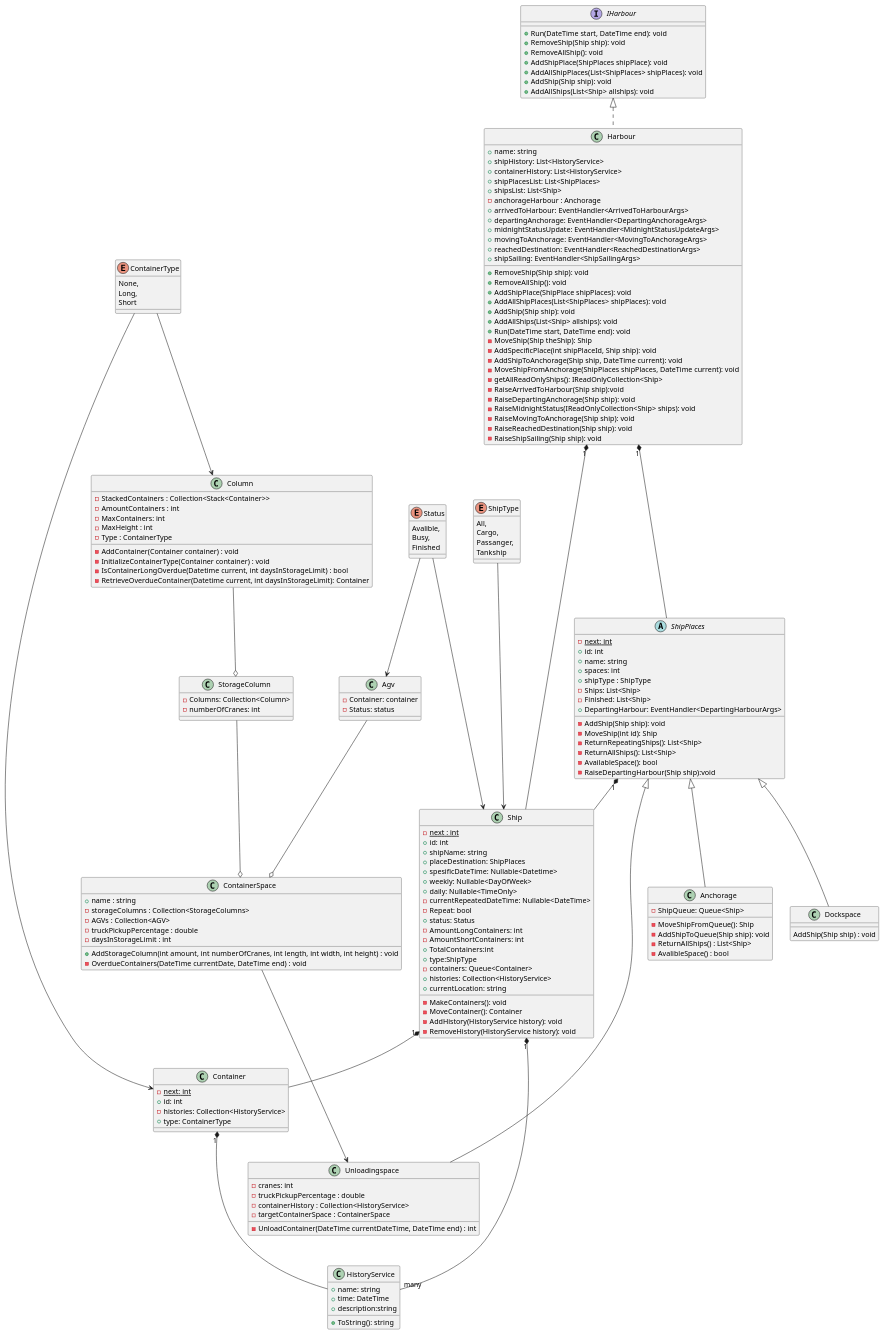
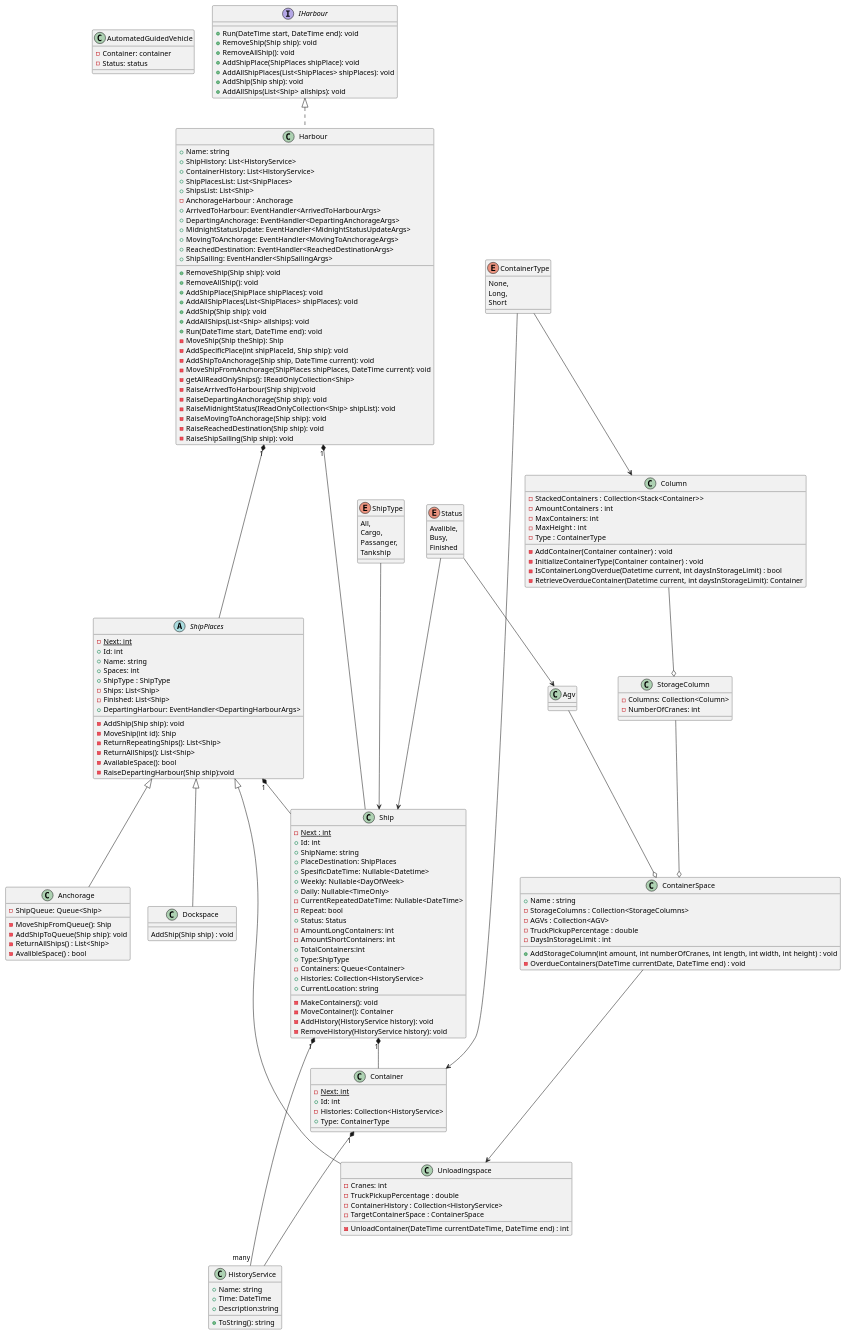
One commit to NET-og-Rammeverk-gruppe-MBFS/HavnAPI changed the diagram in HavnAPIuml.puml. Above: the diagram before and after it, drawn with PlantUML. The commit also changed 22 other files, not shown here.

```diff
--- a/HavnAPIuml.puml
+++ b/HavnAPIuml.puml
@@ -1,193 +1,193 @@
 @startuml
 
-class Agv {
+class AutomatedGuidedVehicle {
     -Container: container
     -Status: status
 }
 class Anchorage extends ShipPlaces {
     -ShipQueue: Queue<Ship>
     -MoveShipFromQueue(): Ship
     -AddShipToQueue(Ship ship): void
     -ReturnAllShips() : List<Ship>
     -AvalibleSpace() : bool
 }
 class Column{
     -StackedContainers : Collection<Stack<Container>>
     -AmountContainers : int
     -MaxContainers: int
     -MaxHeight : int
     -Type : ContainerType
 
     -AddContainer(Container container) : void
     -InitializeContainerType(Container container) : void
     -IsContainerLongOverdue(Datetime current, int daysInStorageLimit) : bool
     -RetrieveOverdueContainer(Datetime current, int daysInStorageLimit): Container
 }
 class ContainerSpace {
-    +name : string
-    -storageColumns : Collection<StorageColumns>
+    +Name : string
+    -StorageColumns : Collection<StorageColumns>
     -AGVs : Collection<AGV>
-    -truckPickupPercentage : double
-    -daysInStorageLimit : int
+    -TruckPickupPercentage : double
+    -DaysInStorageLimit : int
 
     +AddStorageColumn(int amount, int numberOfCranes,  int length, int width, int height) : void
     -OverdueContainers(DateTime currentDate, DateTime end) : void
 }
 class Dockspace extends ShipPlaces {
     AddShip(Ship ship) : void
 }
 abstract class ShipPlaces {
-    {static} -next: int
-    +id: int
-    +name: string
-    +spaces: int
-    +shipType : ShipType
+    {static} -Next: int
+    +Id: int
+    +Name: string
+    +Spaces: int
+    +ShipType : ShipType
     -Ships: List<Ship>
     -Finished: List<Ship>
     +DepartingHarbour: EventHandler<DepartingHarbourArgs>
 
     -AddShip(Ship ship): void
     -MoveShip(int id): Ship
     -ReturnRepeatingShips(): List<Ship>
     -ReturnAllShips(): List<Ship>
     -AvailableSpace(): bool
     -RaiseDepartingHarbour(Ship ship):void
 }
 
 class StorageColumn{
     -Columns: Collection<Column>
-    -numberOfCranes: int
+    -NumberOfCranes: int
 }
 class Unloadingspace extends ShipPlaces {
-    -cranes: int
-    -truckPickupPercentage : double
-    -containerHistory : Collection<HistoryService>
-    -targetContainerSpace : ContainerSpace
+    -Cranes: int
+    -TruckPickupPercentage : double
+    -ContainerHistory : Collection<HistoryService>
+    -TargetContainerSpace : ContainerSpace
 
     -UnloadContainer(DateTime currentDateTime, DateTime end) : int
 }
 class Container {
-    {static} - next: int
-    +id: int
-    -histories: Collection<HistoryService>
-    +type: ContainerType
+    {static} - Next: int
+    +Id: int
+    -Histories: Collection<HistoryService>
+    +Type: ContainerType
 }
 class HistoryService {
-    +name: string
-    +time: DateTime
-    +description:string
+    +Name: string
+    +Time: DateTime
+    +Description:string
 
     +ToString(): string
 }
 
 class Ship {
-    {static} -next : int
-    +id: int
-    +shipName: string
-    +placeDestination: ShipPlaces
-    +spesificDateTime: Nullable<Datetime>
-    +weekly: Nullable<DayOfWeek>
-    +daily: Nullable<TimeOnly>
-    -currentRepeatedDateTime: Nullable<DateTime>
+    {static} -Next : int
+    +Id: int
+    +ShipName: string
+    +PlaceDestination: ShipPlaces
+    +SpesificDateTime: Nullable<Datetime>
+    +Weekly: Nullable<DayOfWeek>
+    +Daily: Nullable<TimeOnly>
+    -CurrentRepeatedDateTime: Nullable<DateTime>
     -Repeat: bool
-    +status: Status
+    +Status: Status
     -AmountLongContainers: int
     -AmountShortContainers: int
     +TotalContainers:int
-    +type:ShipType
-    -containers: Queue<Container>
-    +histories: Collection<HistoryService>
-    +currentLocation: string
+    +Type:ShipType
+    -Containers: Queue<Container>
+    +Histories: Collection<HistoryService>
+    +CurrentLocation: string
 
     -MakeContainers(): void
     -MoveContainer(): Container
     -AddHistory(HistoryService history): void
     -RemoveHistory(HistoryService history): void
 }
 
 class Harbour implements IHarbour {
-    +name: string
-    +shipHistory: List<HistoryService>
-    +containerHistory: List<HistoryService>
-    +shipPlacesList: List<ShipPlaces>
-    +shipsList: List<Ship>
-    -anchorageHarbour : Anchorage
-    +arrivedToHarbour: EventHandler<ArrivedToHarbourArgs>
-    +departingAnchorage: EventHandler<DepartingAnchorageArgs>
-    +midnightStatusUpdate: EventHandler<MidnightStatusUpdateArgs>
-    +movingToAnchorage: EventHandler<MovingToAnchorageArgs>
-    +reachedDestination: EventHandler<ReachedDestinationArgs>
-    +shipSailing: EventHandler<ShipSailingArgs>
+    +Name: string
+    +ShipHistory: List<HistoryService>
+    +ContainerHistory: List<HistoryService>
+    +ShipPlacesList: List<ShipPlaces>
+    +ShipsList: List<Ship>
+    -AnchorageHarbour : Anchorage
+    +ArrivedToHarbour: EventHandler<ArrivedToHarbourArgs>
+    +DepartingAnchorage: EventHandler<DepartingAnchorageArgs>
+    +MidnightStatusUpdate: EventHandler<MidnightStatusUpdateArgs>
+    +MovingToAnchorage: EventHandler<MovingToAnchorageArgs>
+    +ReachedDestination: EventHandler<ReachedDestinationArgs>
+    +ShipSailing: EventHandler<ShipSailingArgs>
 
     +RemoveShip(Ship ship): void
     +RemoveAllShip(): void
     +AddShipPlace(ShipPlace shipPlaces): void
     +AddAllShipPlaces(List<ShipPlaces> shipPlaces): void
     +AddShip(Ship ship): void
     +AddAllShips(List<Ship> allships): void
     +Run(DateTime start, DateTime end): void
     -MoveShip(Ship theShip): Ship
     -AddSpecificPlace(int shipPlaceId, Ship ship): void
     -AddShipToAnchorage(Ship ship, DateTime current): void
     -MoveShipFromAnchorage(ShipPlaces shipPlaces, DateTime current): void
     -getAllReadOnlyShips(): IReadOnlyCollection<Ship>
     -RaiseArrivedToHarbour(Ship ship):void
     -RaiseDepartingAnchorage(Ship ship): void
-    -RaiseMidnightStatus(IReadOnlyCollection<Ship> ships): void
+    -RaiseMidnightStatus(IReadOnlyCollection<Ship> shipList): void
     -RaiseMovingToAnchorage(Ship ship): void
     -RaiseReachedDestination(Ship ship): void
     -RaiseShipSailing(Ship ship): void
 }
 interface IHarbour {
     +Run(DateTime start, DateTime end): void
     +RemoveShip(Ship ship): void
     +RemoveAllShip(): void
     +AddShipPlace(ShipPlaces shipPlace): void
     +AddAllShipPlaces(List<ShipPlaces> shipPlaces): void
     +AddShip(Ship ship): void
     +AddAllShips(List<Ship> allships): void
 }
 enum ContainerType{
     None,
     Long,
     Short
 }
 
 enum ShipType{
     All,
     Cargo,
     Passanger,
     Tankship
 }
 enum Status{
     Avalible,
     Busy,
     Finished
 }
 
 
 ShipType ---> Ship
 Harbour "1" *--- ShipPlaces
 Harbour "1" *-- Ship
 ShipPlaces "1" *-- Ship
 Ship "1" *-- Container
 Ship "1" *-- "many" HistoryService
 Container "1" *--- HistoryService
 ContainerSpace ---> Unloadingspace
 Agv --o ContainerSpace
 Column --o StorageColumn
 StorageColumn --o ContainerSpace
 ContainerType -----> Container
 ContainerType -->Column
 Status --> Ship
 Status --> Agv
 
 
 
 
 
 
 
 
 
 @enduml
```
